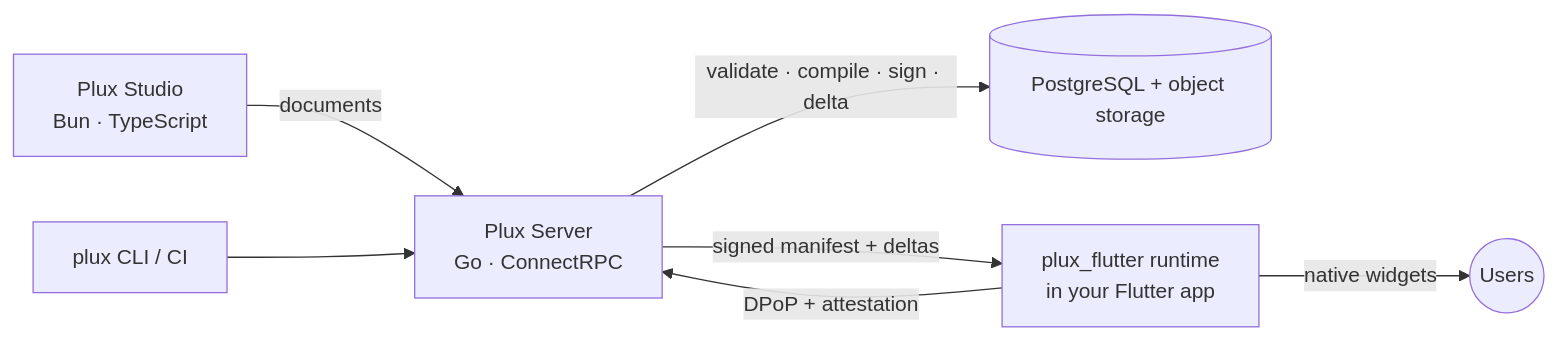
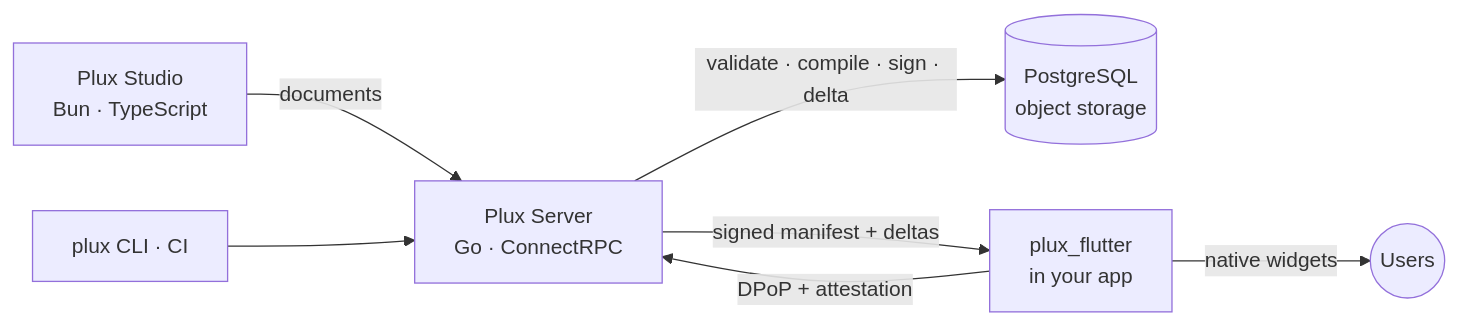
The diagram in README.md (nightCode42/plux3), drawn with Mermaid before and after one commit. The commit also changed other lines of this file and 7 other files, not shown here.

````diff
--- a/README.md
+++ b/README.md
@@ -34,9 +130,9 @@
 ```mermaid
 flowchart LR
-    Studio[Plux Studio<br/>Bun · TypeScript] -->|documents| Server[Plux Server<br/>Go · ConnectRPC]
-    CLI[plux CLI / CI] --> Server
-    Server -->|validate · compile · sign · delta| Store[(PostgreSQL + object storage)]
-    Server -->|signed manifest + deltas| Runtime[plux_flutter runtime<br/>in your Flutter app]
-    Runtime -->|DPoP + attestation| Server
-    Runtime -->|native widgets| User((Users))
+    Studio["Plux Studio<br/>Bun · TypeScript"] -->|documents| Server["Plux Server<br/>Go · ConnectRPC"]
+    CLI["plux CLI · CI"] --> Server
+    Server -->|"validate · compile · sign · delta"| Store[("PostgreSQL<br/>object storage")]
+    Server -->|"signed manifest + deltas"| Runtime["plux_flutter<br/>in your app"]
+    Runtime -->|"DPoP + attestation"| Server
+    Runtime -->|native widgets| User(("Users"))
 ```
````
